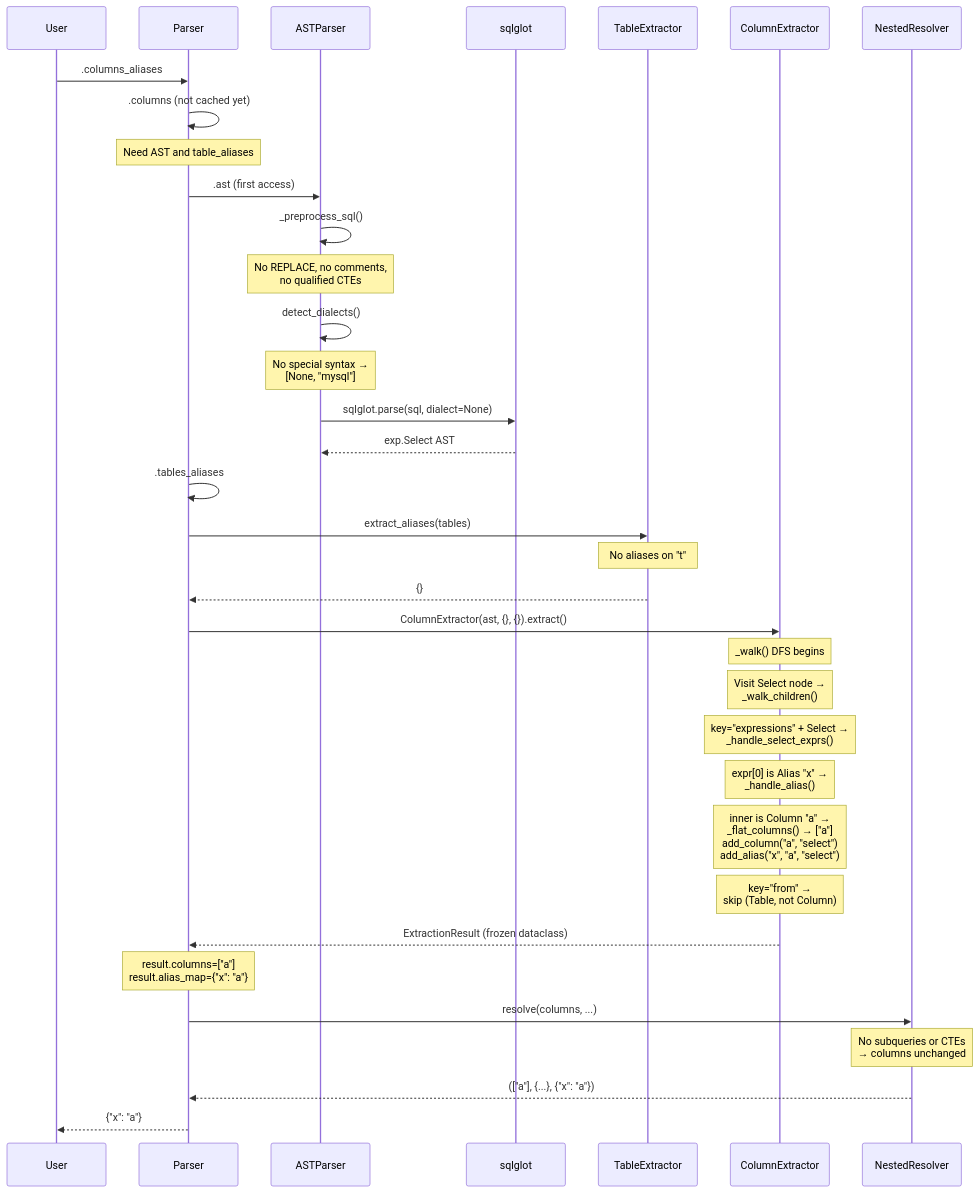
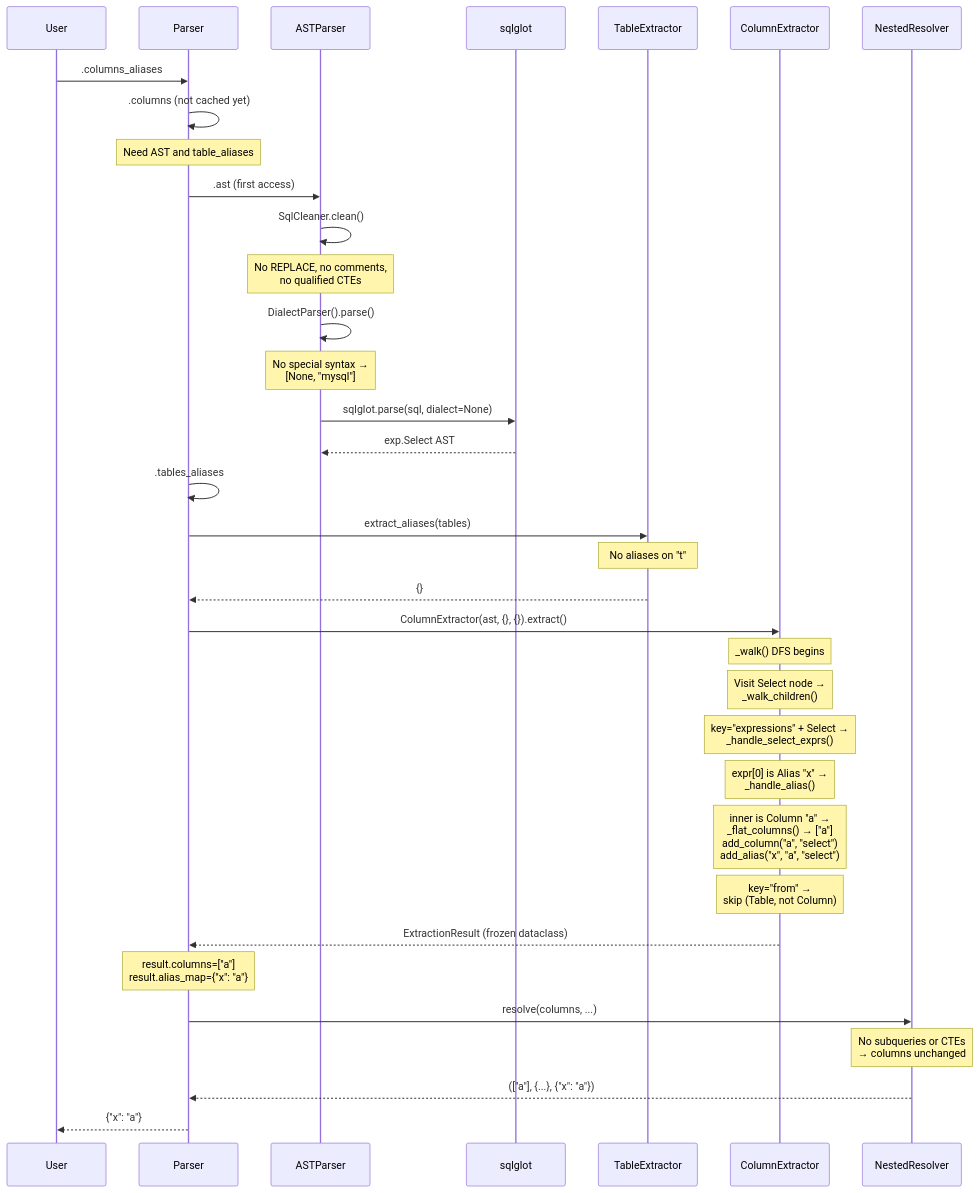
The eighth of 9 diagrams in ARCHITECTURE.md (macbre/sql-metadata), drawn with Mermaid before and after one commit. The commit also changed other lines of this file and 6 other files, not shown here.

````diff
--- a/ARCHITECTURE.md
+++ b/ARCHITECTURE.md
@@ -447,48 +449,48 @@
 ```mermaid
 sequenceDiagram
     participant User
     participant Parser
     participant ASTParser
     participant sqlglot
     participant TableExtractor
     participant ColumnExtractor
     participant NestedResolver
 
     User->>Parser: .columns_aliases
     Parser->>Parser: .columns (not cached yet)
 
     Note over Parser: Need AST and table_aliases
 
     Parser->>ASTParser: .ast (first access)
-    ASTParser->>ASTParser: _preprocess_sql()
+    ASTParser->>ASTParser: SqlCleaner.clean()
     Note over ASTParser: No REPLACE, no comments,<br/>no qualified CTEs
-    ASTParser->>ASTParser: detect_dialects()
+    ASTParser->>ASTParser: DialectParser().parse()
     Note over ASTParser: No special syntax →<br/>[None, "mysql"]
     ASTParser->>sqlglot: sqlglot.parse(sql, dialect=None)
     sqlglot-->>ASTParser: exp.Select AST
 
     Parser->>Parser: .tables_aliases
     Parser->>TableExtractor: extract_aliases(tables)
     Note over TableExtractor: No aliases on "t"
     TableExtractor-->>Parser: {}
 
     Parser->>ColumnExtractor: ColumnExtractor(ast, {}, {}).extract()
     Note over ColumnExtractor: _walk() DFS begins
 
     Note over ColumnExtractor: Visit Select node →<br/>_walk_children()
     Note over ColumnExtractor: key="expressions" + Select →<br/>_handle_select_exprs()
     Note over ColumnExtractor: expr[0] is Alias "x" →<br/>_handle_alias()
     Note over ColumnExtractor: inner is Column "a" →<br/>_flat_columns() → ["a"]<br/>add_column("a", "select")<br/>add_alias("x", "a", "select")
     Note over ColumnExtractor: key="from" →<br/>skip (Table, not Column)
 
     ColumnExtractor-->>Parser: ExtractionResult (frozen dataclass)
 
     Note over Parser: result.columns=["a"]<br/>result.alias_map={"x": "a"}
 
     Parser->>NestedResolver: resolve(columns, ...)
     Note over NestedResolver: No subqueries or CTEs<br/>→ columns unchanged
 
     NestedResolver-->>Parser: (["a"], {...}, {"x": "a"})
 
     Parser-->>User: {"x": "a"}
 ```
````
